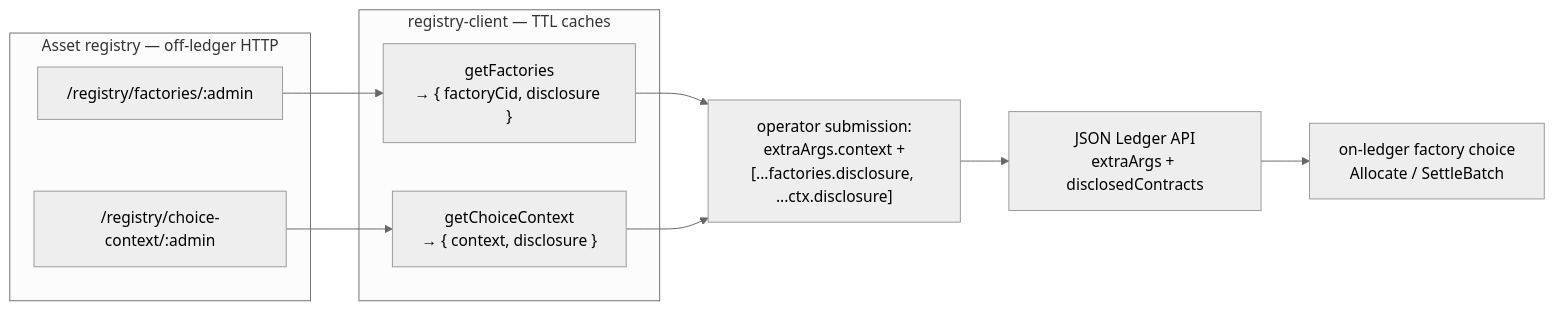
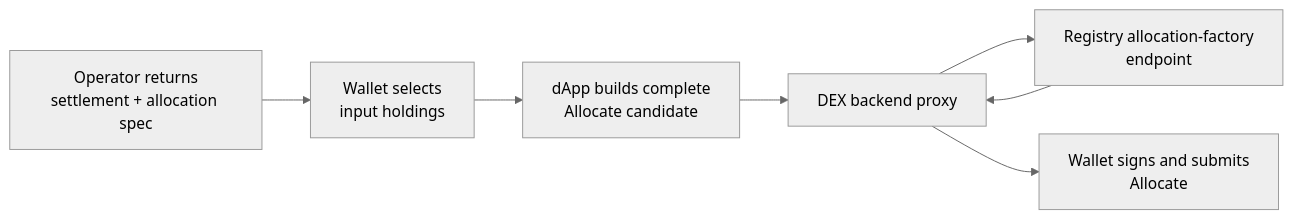
One commit to srikanth-bitdynamics/Canton-Dex-Reference-Implementation changed the second of 3 diagrams in docs/guides/choice-context.md. Above: the diagram before and after it, drawn with Mermaid (neutral theme). The commit also changed other lines of this file and 173 other files, not shown here.

````diff
--- a/docs/guides/choice-context.md
+++ b/docs/guides/choice-context.md
@@ -27,17 +154,10 @@
 ```mermaid
 flowchart LR
-  subgraph reg["Asset registry — off-ledger HTTP"]
-    E1["/registry/factories/:admin"]
-    E2["/registry/choice-context/:admin"]
-  end
-  subgraph rc["registry-client — TTL caches"]
-    F["getFactories<br/>→ { factoryCid, disclosure }"]
-    C["getChoiceContext<br/>→ { context, disclosure }"]
-  end
-  A["operator submission:<br/>extraArgs.context +<br/>[...factories.disclosure, ...ctx.disclosure]"]
-  L["JSON Ledger API<br/>extraArgs + disclosedContracts"]
-  X["on-ledger factory choice<br/>Allocate / SettleBatch"]
-  E1 --> F --> A
-  E2 --> C --> A
-  A --> L --> X
+  R["Operator returns<br/>settlement + allocation spec"]
+  W["Wallet selects<br/>input holdings"]
+  A["dApp builds complete<br/>Allocate candidate"]
+  P["DEX backend proxy"]
+  G["Registry allocation-factory<br/>endpoint"]
+  S["Wallet signs and submits<br/>Allocate"]
+  R --> W --> A --> P --> G --> P --> S
 ```
````
